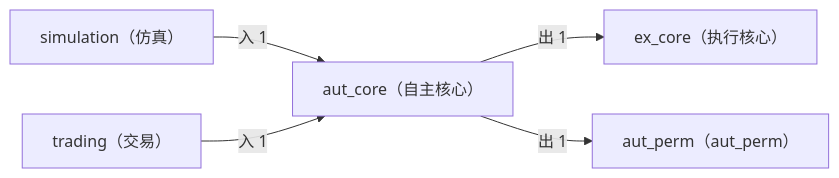
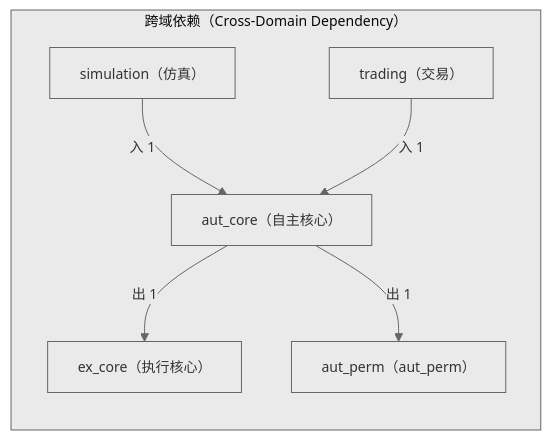
Before and after one commit to xuanFelixVan/ZephyrAlpha: the second of 2 diagrams in docs/02_enterprise_architecture/06_decision_architecture/13_decision_l3_aut_core.md, drawn with Mermaid. The commit also changed other lines of this file and 23 other files, not shown here.

First line of the commit message:
fix(decision-diagram): mermaid 图加 subgraph 容器 + clusterBkg 主题变量

````diff
--- a/docs/02_enterprise_architecture/06_decision_architecture/13_decision_l3_aut_core.md
+++ b/docs/02_enterprise_architecture/06_decision_architecture/13_decision_l3_aut_core.md
@@ -121,12 +122,15 @@
 ```mermaid
+%%{init: {'theme': 'base', 'themeVariables': {'primaryColor': '#eaeaea', 'primaryTextColor': '#333333', 'primaryBorderColor': '#666666', 'lineColor': '#666666', 'clusterBkg': '#eaeaea', 'clusterBorder': '#666666', 'fontSize': '14px'}}}%%
 flowchart LR
-    SELF["aut_core（自主核心）"]
-    EXT_ex_core["ex_core（执行核心）"]
-    SELF -->|出 1| EXT_ex_core
-    EXT_aut_perm["aut_perm（aut_perm）"]
-    SELF -->|出 1| EXT_aut_perm
-    EXT_simulation["simulation（仿真）"]
-    EXT_simulation -->|入 1| SELF
-    EXT_trading["trading（交易）"]
-    EXT_trading -->|入 1| SELF
+    subgraph cd_sg["跨域依赖（Cross-Domain Dependency）"]
+        SELF["aut_core（自主核心）"]
+        EXT_ex_core["ex_core（执行核心）"]
+        SELF -->|出 1| EXT_ex_core
+        EXT_aut_perm["aut_perm（aut_perm）"]
+        SELF -->|出 1| EXT_aut_perm
+        EXT_simulation["simulation（仿真）"]
+        EXT_simulation -->|入 1| SELF
+        EXT_trading["trading（交易）"]
+        EXT_trading -->|入 1| SELF
+    end
 ```
````
